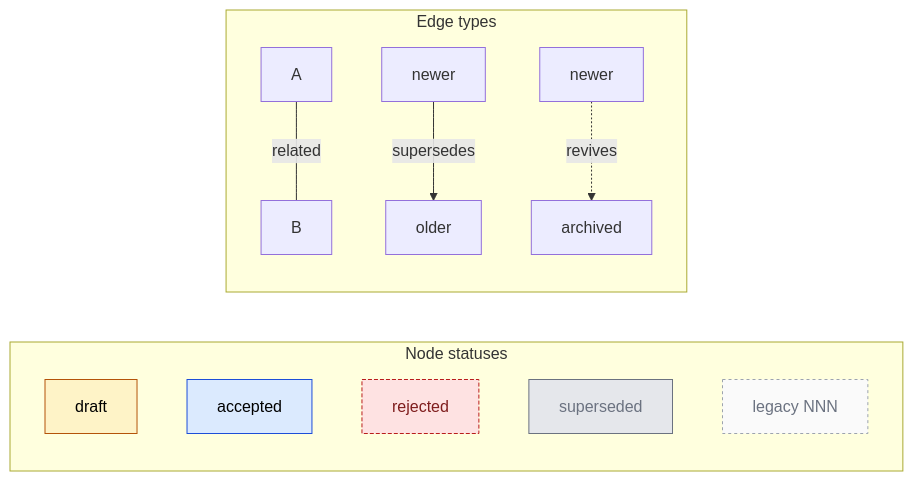
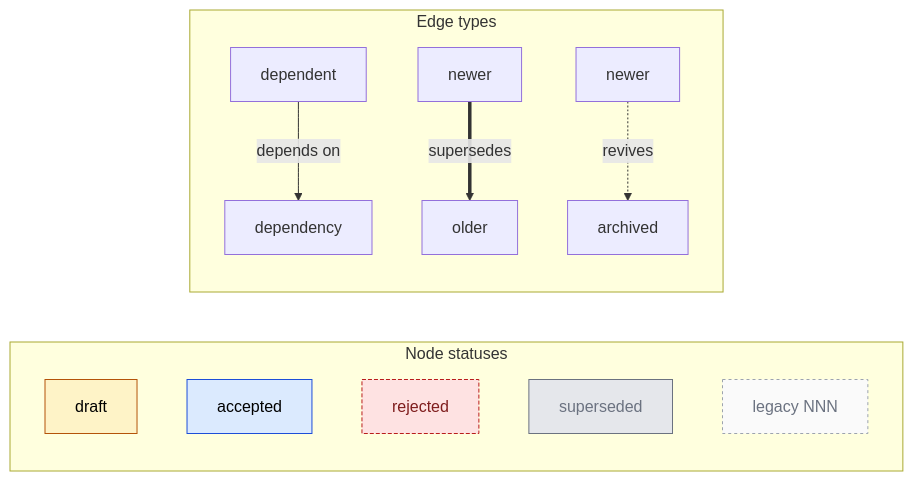
Before and after one commit to open-platform-model/enhancements: the second of 2 diagrams in GRAPH.md, drawn with Mermaid. The commit also changed other lines of this file and 70 other files, not shown here.

````diff
--- a/GRAPH.md
+++ b/GRAPH.md
@@ -96,22 +65,22 @@
 ```mermaid
 graph LR
   classDef draft       fill:#fef3c7,stroke:#b45309,color:#000
   classDef accepted    fill:#dbeafe,stroke:#1d4ed8,color:#000
   classDef rejected    fill:#fee2e2,stroke:#b91c1c,color:#7f1d1d,stroke-dasharray:4 2
   classDef superseded  fill:#e5e7eb,stroke:#6b7280,color:#6b7280
   classDef legacy      fill:#fafafa,stroke:#9ca3af,color:#6b7280,stroke-dasharray:3 3
 
   subgraph statuses ["Node statuses"]
     Ldraft["draft"]:::draft
     Laccepted["accepted"]:::accepted
     Lrejected["rejected"]:::rejected
     Lsuperseded["superseded"]:::superseded
     Llegacy["legacy NNN"]:::legacy
   end
 
   subgraph edges ["Edge types"]
-    Erel_a["A"] ---|related| Erel_b["B"]
-    Esup_new["newer"] -->|supersedes| Esup_old["older"]
+    Edep_a["dependent"] -->|depends on| Edep_b["dependency"]
+    Esup_new["newer"] ==>|supersedes| Esup_old["older"]
     Erev_new["newer"] -.->|revives| Erev_old["archived"]
   end
 ```
````
